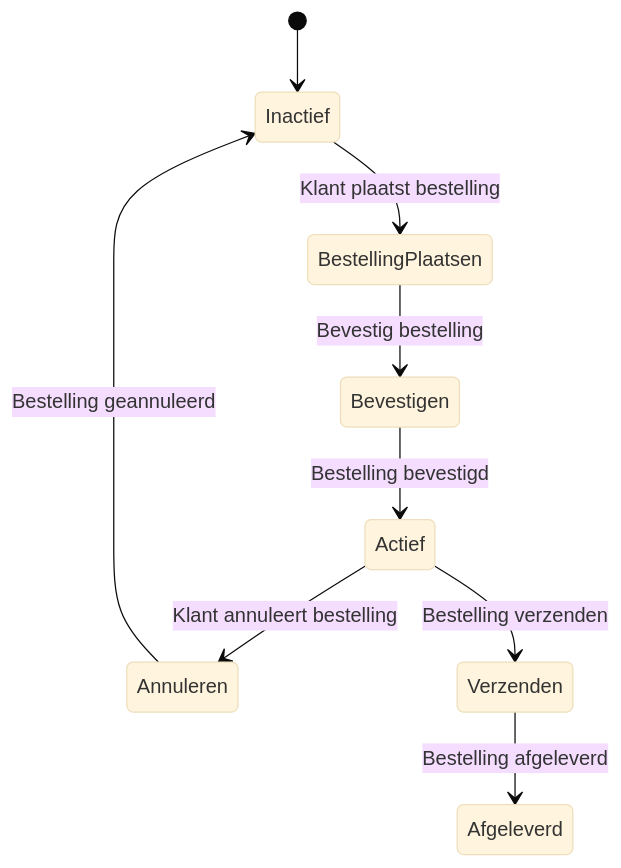
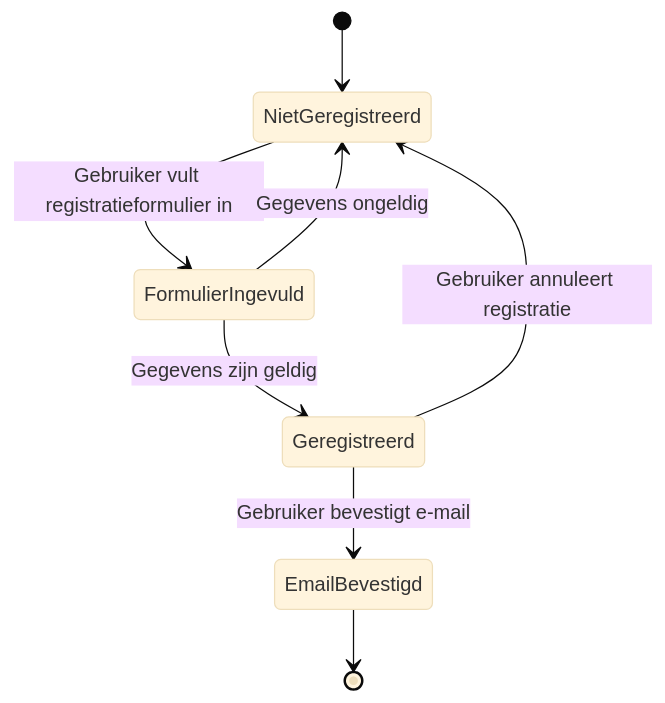
The diagram in analist/03-gedrag.md (HU-SD-S3/s3-kennisbank), drawn with Mermaid (base theme) before and after one commit. The commit also changed other lines of this file, not shown here.

````diff
--- a/analist/03-gedrag.md
+++ b/analist/03-gedrag.md
@@ -27,11 +36,10 @@
 ```mermaid
 stateDiagram-v2
-    [*] --> Inactief
-    Inactief --> BestellingPlaatsen : Klant plaatst bestelling
-    BestellingPlaatsen --> Bevestigen : Bevestig bestelling
-    Bevestigen --> Actief : Bestelling bevestigd
-    Actief --> Annuleren : Klant annuleert bestelling
-    Annuleren --> Inactief : Bestelling geannuleerd
-    Actief --> Verzenden : Bestelling verzenden
-    Verzenden --> Afgeleverd : Bestelling afgeleverd
+    [*] --> NietGeregistreerd
+    NietGeregistreerd --> FormulierIngevuld : Gebruiker vult registratieformulier in
+    FormulierIngevuld --> Geregistreerd : Gegevens zijn geldig
+    FormulierIngevuld --> NietGeregistreerd : Gegevens ongeldig
+    Geregistreerd --> EmailBevestigd : Gebruiker bevestigt e-mail
+    Geregistreerd --> NietGeregistreerd : Gebruiker annuleert registratie
+    EmailBevestigd --> [*]
 ```
````
